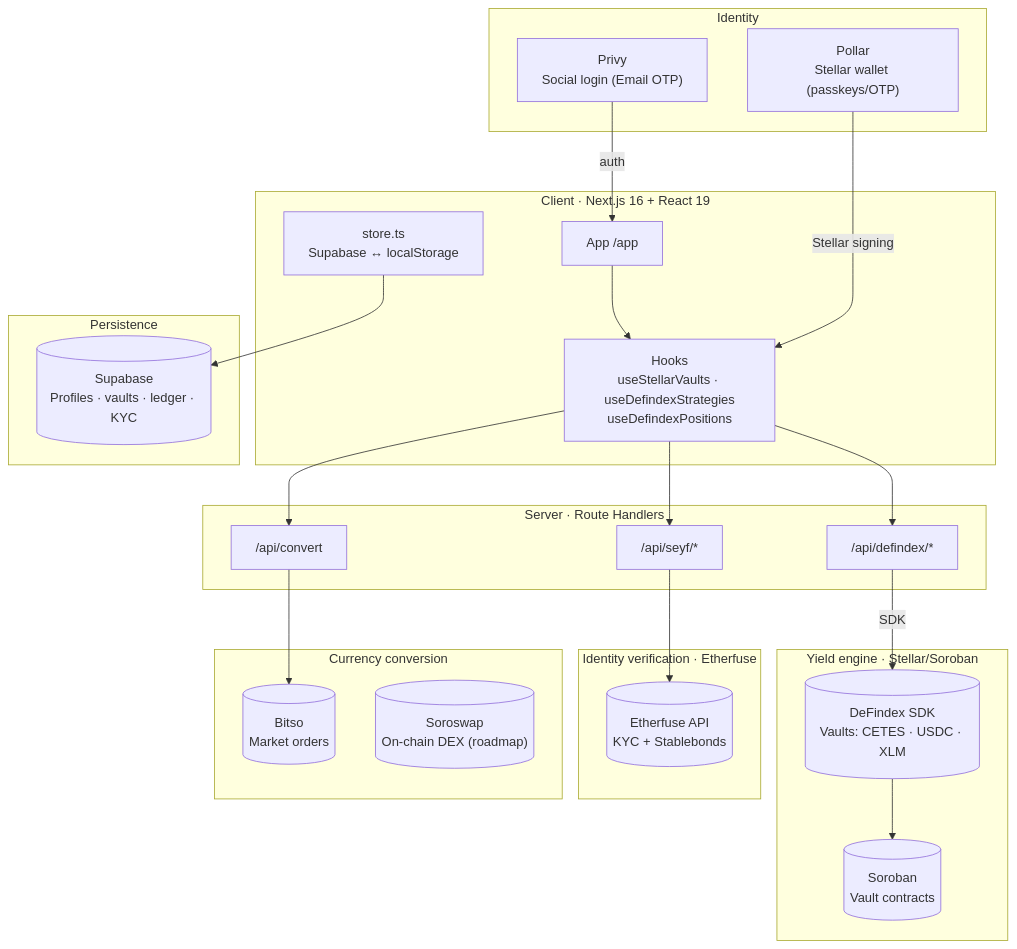
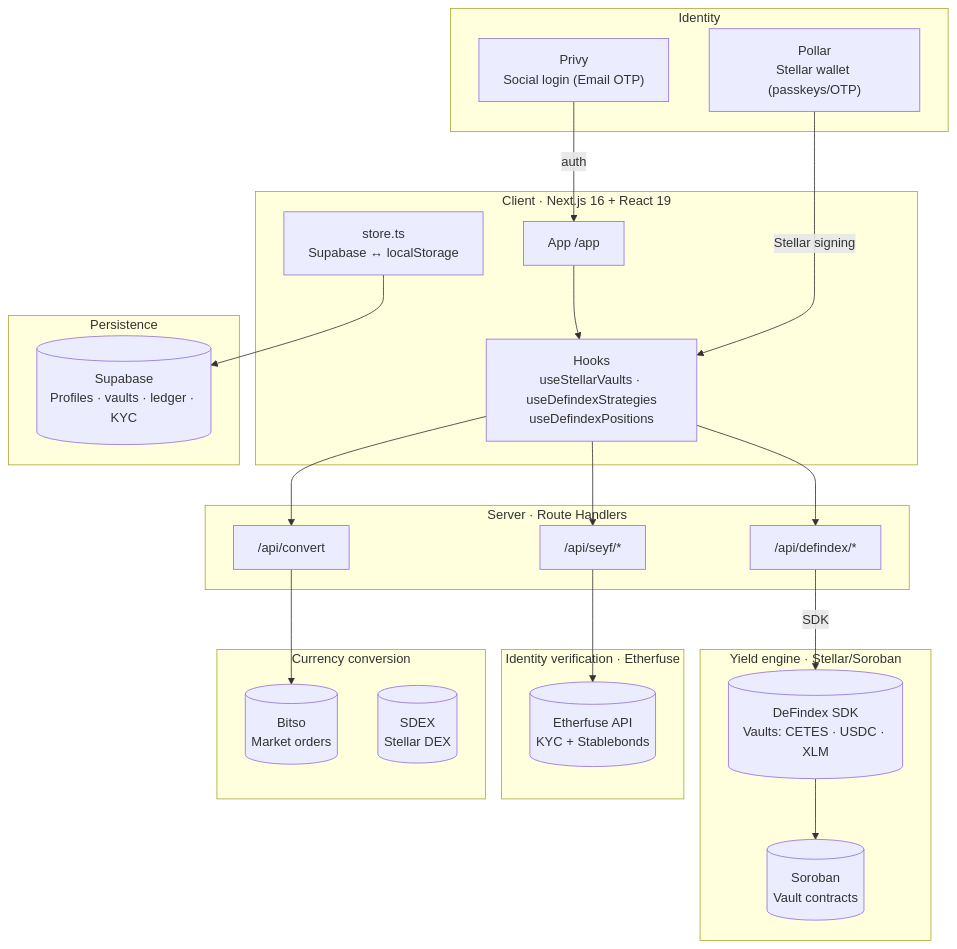
Before and after one commit to Seyfert-Labs/SEYF-P: the diagram in README.en.md, drawn with Mermaid. The commit also changed other lines of this file and 16 other files, not shown here.

First line of the commit message:
refactor(convert): reemplaza Soroswap por SDEX nativo de Stellar

````diff
--- a/README.en.md
+++ b/README.en.md
@@ -57,45 +57,45 @@
 ```mermaid
 flowchart TB
     subgraph Client["Client · Next.js 16 + React 19"]
         App["App /app"]
         Hooks["Hooks\nuseStellarVaults · useDefindexStrategies\nuseDefindexPositions"]
         Store["store.ts\nSupabase ↔ localStorage"]
     end
 
     subgraph Auth["Identity"]
         Privy["Privy\nSocial login (Email OTP)"]
         Pollar["Pollar\nStellar wallet (passkeys/OTP)"]
     end
 
     subgraph Yield["Yield engine · Stellar/Soroban"]
         DeFindex[("DeFindex SDK\nVaults: CETES · USDC · XLM")]
         Soroban[("Soroban\nVault contracts")]
     end
 
     subgraph KYC["Identity verification · Etherfuse"]
         EtherfuseAPI[("Etherfuse API\nKYC + Stablebonds")]
     end
 
     subgraph FX["Currency conversion"]
         Bitso[("Bitso\nMarket orders")]
-        Soroswap[("Soroswap\nOn-chain DEX (roadmap)")]
+        SDEX[("SDEX\nStellar DEX")]
     end
 
     subgraph Server["Server · Route Handlers"]
         APIDefindex["/api/defindex/*"]
         APISeyf["/api/seyf/*"]
         APIConvert["/api/convert"]
     end
 
     subgraph Infra["Persistence"]
         SB[("Supabase\nProfiles · vaults · ledger · KYC")]
     end
 
     App --> Hooks
     Privy -->|auth| App
     Pollar -->|Stellar signing| Hooks
     Hooks --> APIDefindex -->|SDK| DeFindex --> Soroban
     Hooks --> APISeyf --> EtherfuseAPI
     Hooks --> APIConvert --> Bitso
     Store --> SB
 ```
````
